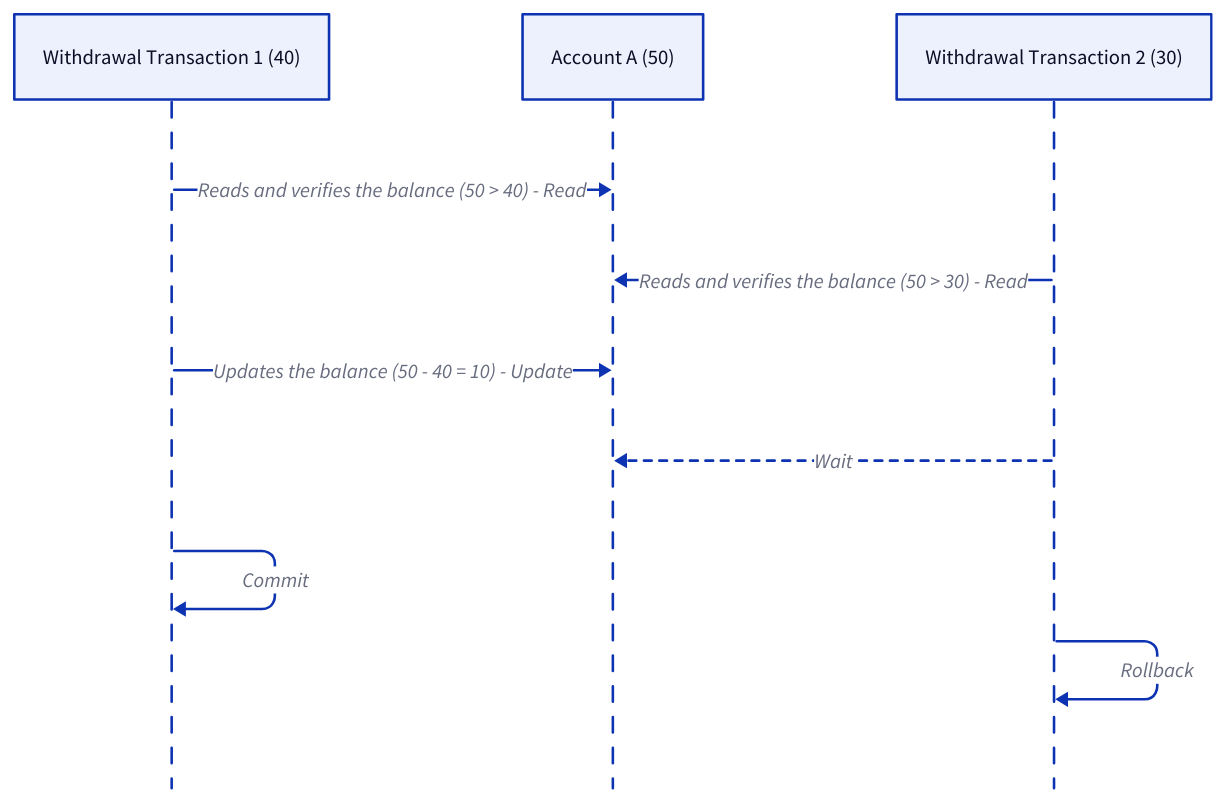
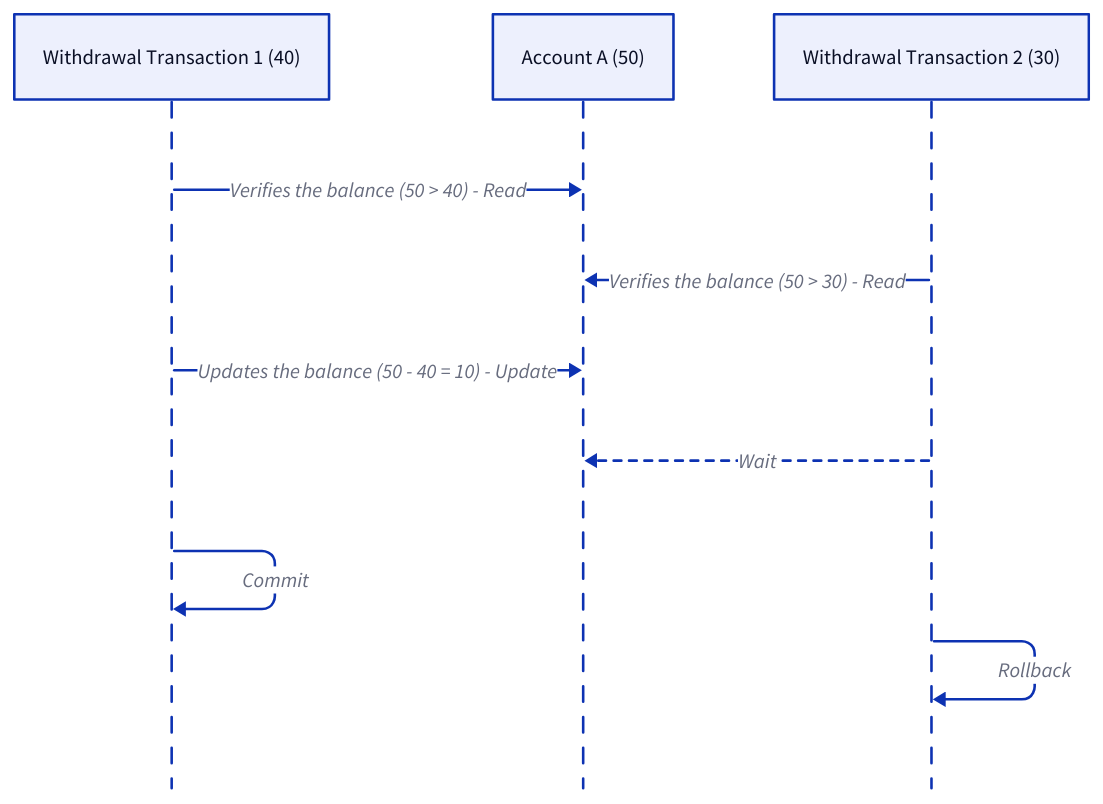
Before and after one commit to link1905/system-design-101: diagram 22 of 29 in content/docs/data-persistence/sql-database/concurrency-control.md, drawn with D2. The commit also changed other lines of this file and 40 other files, not shown here.

````diff
--- a/content/docs/data-persistence/sql-database/concurrency-control.md
+++ b/content/docs/data-persistence/sql-database/concurrency-control.md
@@ -627,17 +646,17 @@
 ```d2
 
 shape: sequence_diagram
 t1: Withdrawal Transaction 1 (40)
 a: Account A (50)
 t2: Withdrawal Transaction 2 (30)
-t1 -> a: Reads and verifies the balance (50 > 40) - Read
-t2 -> a: Reads and verifies the balance (50 > 30) - Read
+t1 -> a: Verifies the balance (50 > 40) - Read
+t2 -> a: Verifies the balance (50 > 30) - Read
 t1 -> a: Updates the balance (50 - 40 = 10) - Update
 t2 -> a: Wait {
     style.stroke-dash: 3
 }
 t1 -> t1: Commit
 t2 -> t2: Rollback {
     class: error-conn
 }
 ```
````
